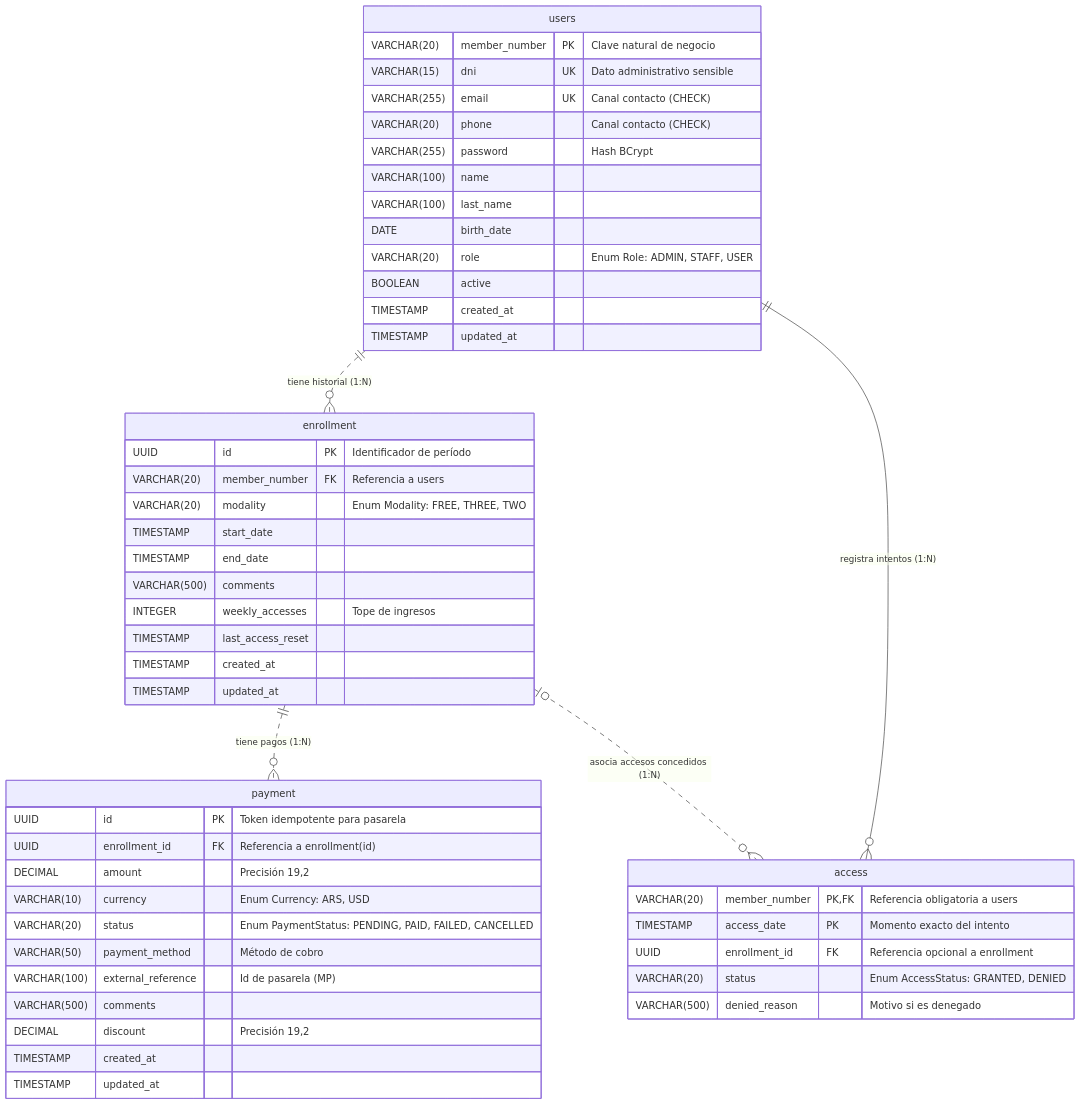
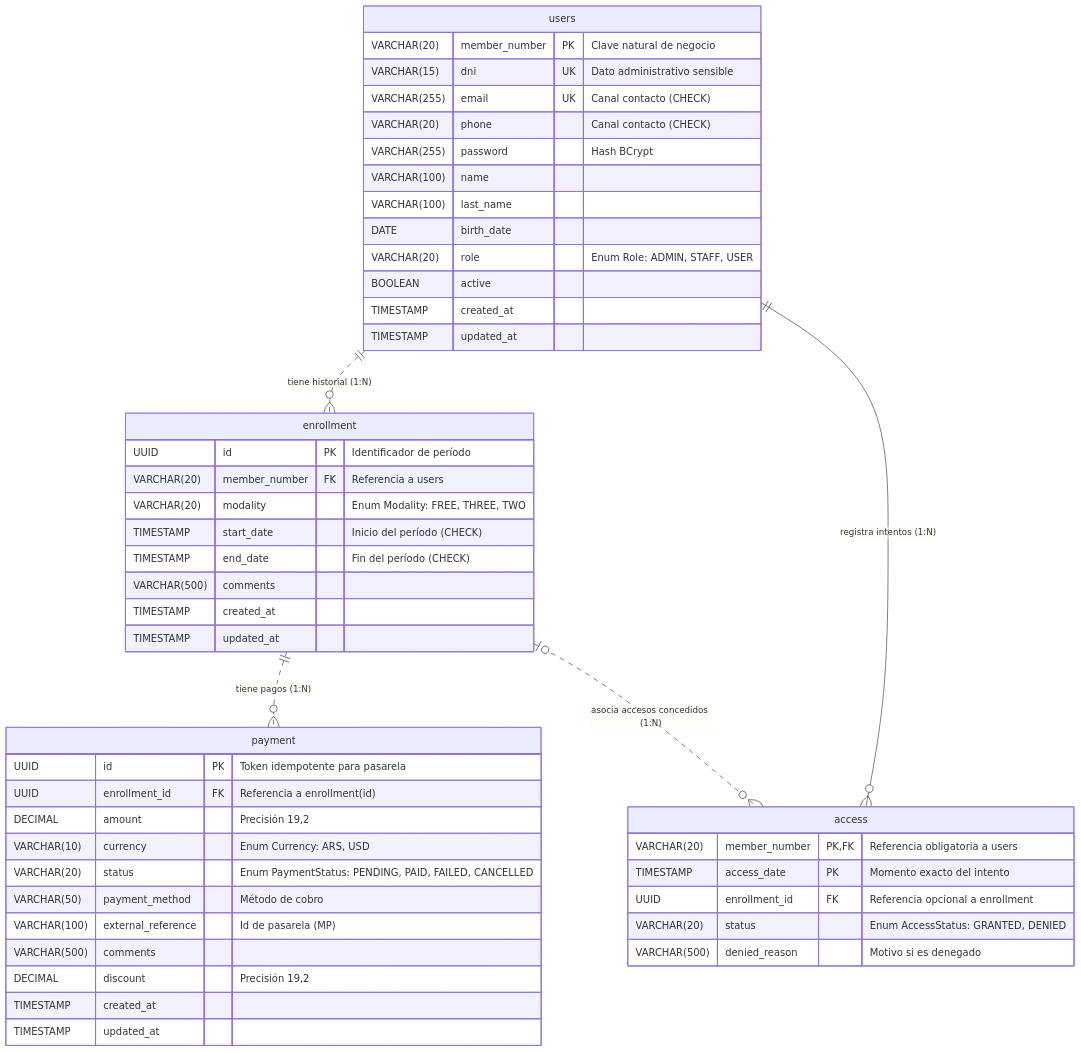
Before and after one commit to santiagovOK/TFI_grupo144: the diagram in docs/entidades.md, drawn with Mermaid. The commit also changed other lines of this file and 2 other files, not shown here.

Commit message:
refactor(schema): cerrar período de inscripción y obtener cupo semanal desde access

````diff
--- a/docs/entidades.md
+++ b/docs/entidades.md
@@ -7,53 +7,51 @@
 ```mermaid
 erDiagram
     users {
         VARCHAR(20) member_number PK "Clave natural de negocio"
         VARCHAR(15) dni UK "Dato administrativo sensible"
         VARCHAR(255) email UK "Canal contacto (CHECK)"
         VARCHAR(20) phone "Canal contacto (CHECK)"
         VARCHAR(255) password "Hash BCrypt"
         VARCHAR(100) name
         VARCHAR(100) last_name
         DATE birth_date
         VARCHAR(20) role "Enum Role: ADMIN, STAFF, USER"
         BOOLEAN active
         TIMESTAMP created_at
         TIMESTAMP updated_at
     }
     enrollment {
         UUID id PK "Identificador de período"
         VARCHAR(20) member_number FK "Referencia a users"
         VARCHAR(20) modality "Enum Modality: FREE, THREE, TWO"
-        TIMESTAMP start_date
-        TIMESTAMP end_date
+        TIMESTAMP start_date "Inicio del período (CHECK)"
+        TIMESTAMP end_date "Fin del período (CHECK)"
         VARCHAR(500) comments
-        INTEGER weekly_accesses "Tope de ingresos"
-        TIMESTAMP last_access_reset
         TIMESTAMP created_at
         TIMESTAMP updated_at
     }
     payment {
         UUID id PK "Token idempotente para pasarela"
         UUID enrollment_id FK "Referencia a enrollment(id)"
         DECIMAL amount "Precisión 19,2"
         VARCHAR(10) currency "Enum Currency: ARS, USD"
         VARCHAR(20) status "Enum PaymentStatus: PENDING, PAID, FAILED, CANCELLED"
         VARCHAR(50) payment_method "Método de cobro"
         VARCHAR(100) external_reference "Id de pasarela (MP)"
         VARCHAR(500) comments
         DECIMAL discount "Precisión 19,2"
         TIMESTAMP created_at
         TIMESTAMP updated_at
     }
     access {
         VARCHAR(20) member_number PK,FK "Referencia obligatoria a users"
         TIMESTAMP access_date PK "Momento exacto del intento"
         UUID enrollment_id FK "Referencia opcional a enrollment"
         VARCHAR(20) status "Enum AccessStatus: GRANTED, DENIED"
         VARCHAR(500) denied_reason "Motivo si es denegado"
     }
     users ||..o{ enrollment : "tiene historial (1:N)"
     users ||--o{ access : "registra intentos (1:N)"
     enrollment ||..o{ payment : "tiene pagos (1:N)"
     enrollment |o..o{ access : "asocia accesos concedidos (1:N)"
 ```
````
